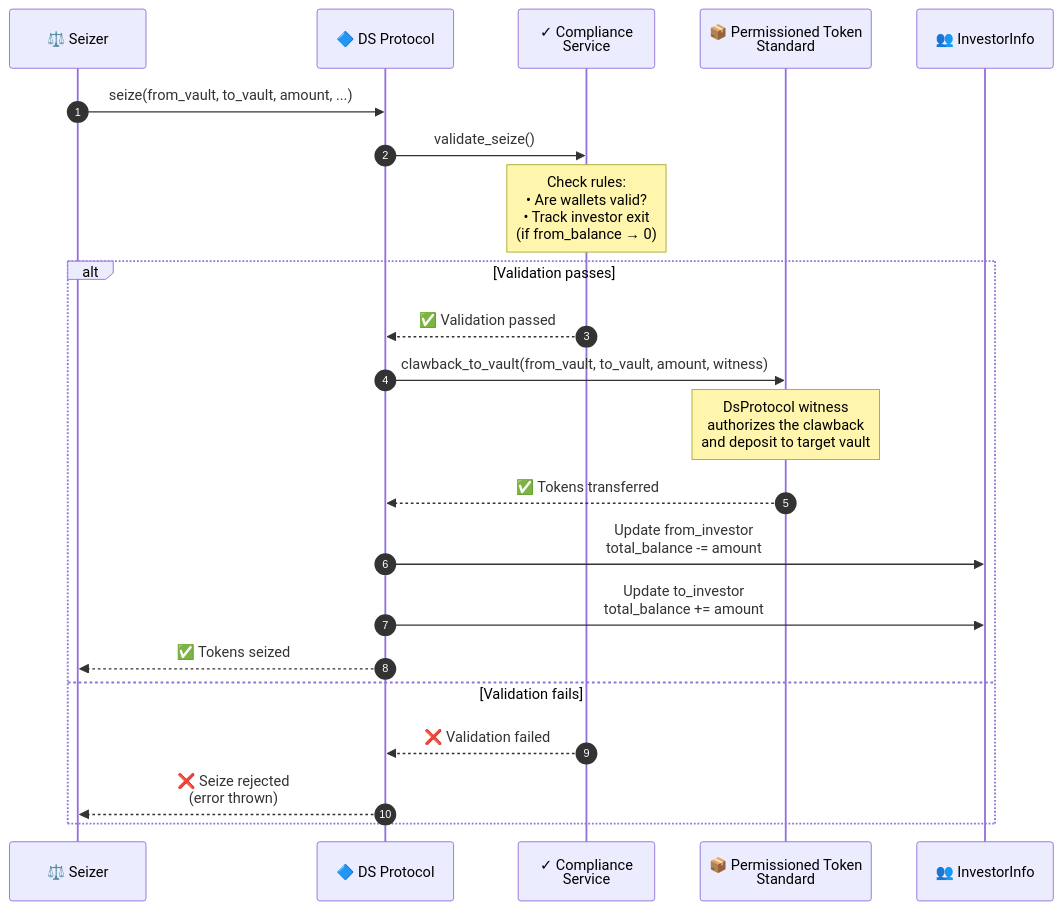
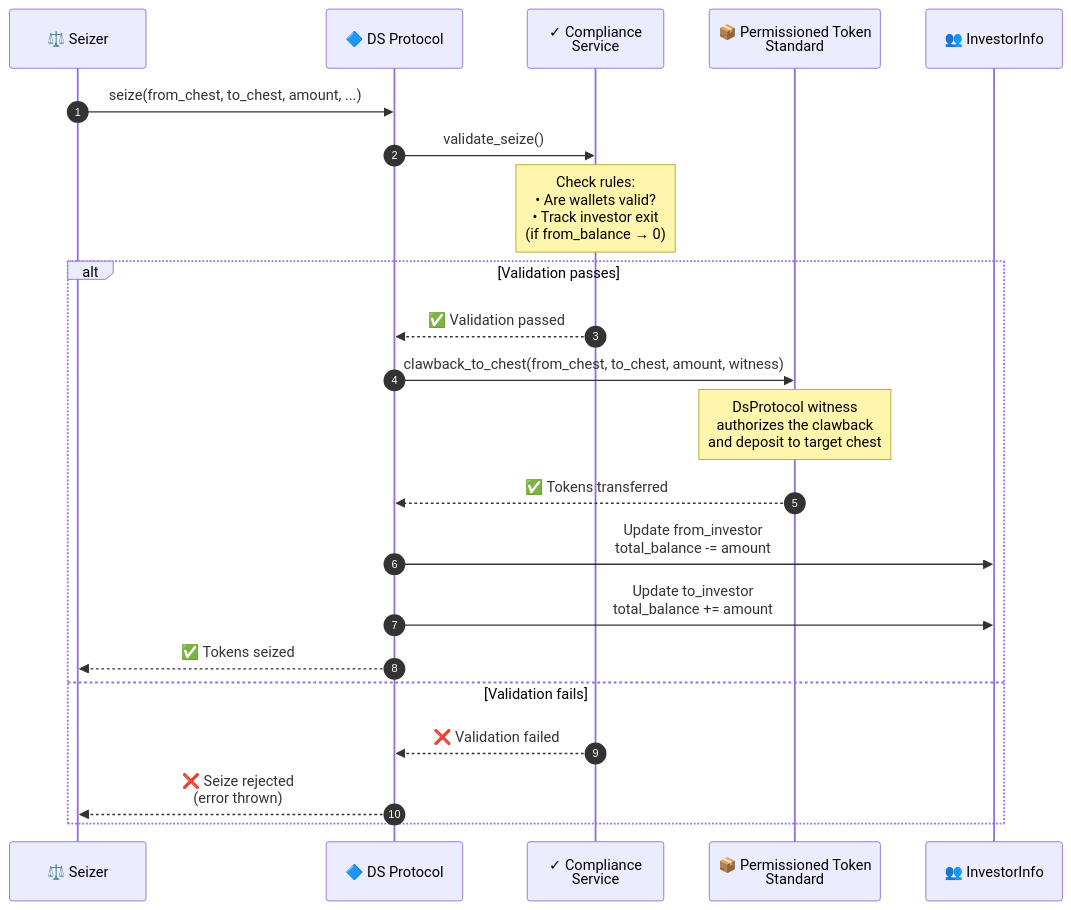
The diagram in docs/seize-flow.md (securitize-io/bc-sui-dstoken-sc), drawn with Mermaid before and after one commit. The commit also changed 15 other files, not shown here.

````diff
--- a/docs/seize-flow.md
+++ b/docs/seize-flow.md
@@ -3,31 +3,31 @@
 ```mermaid
 sequenceDiagram
     autonumber
     participant Seizer as ⚖️ Seizer
     participant DS as 🔷 DS Protocol
     participant Compliance as ✓ Compliance<br/>Service
     participant PTS as 📦 Permissioned Token<br/>Standard
     participant Registry as 👥 InvestorInfo
 
-    Seizer->>DS: seize(from_vault, to_vault, amount, ...)
+    Seizer->>DS: seize(from_chest, to_chest, amount, ...)
 
     DS->>Compliance: validate_seize()
 
     Note over Compliance: Check rules:<br/>• Are wallets valid?<br/>• Track investor exit<br/>(if from_balance → 0)
 
     alt Validation passes
         Compliance-->>DS: ✅ Validation passed
 
-        DS->>PTS: clawback_to_vault(from_vault, to_vault, amount, witness)
-        Note over PTS: DsProtocol witness<br/>authorizes the clawback<br/>and deposit to target vault
+        DS->>PTS: clawback_to_chest(from_chest, to_chest, amount, witness)
+        Note over PTS: DsProtocol witness<br/>authorizes the clawback<br/>and deposit to target chest
         PTS-->>DS: ✅ Tokens transferred
 
         DS->>Registry: Update from_investor<br/>total_balance -= amount
         DS->>Registry: Update to_investor<br/>total_balance += amount
 
         DS-->>Seizer: ✅ Tokens seized
     else Validation fails
         Compliance-->>DS: ❌ Validation failed
         DS-->>Seizer: ❌ Seize rejected<br/>(error thrown)
     end
 ```
````
